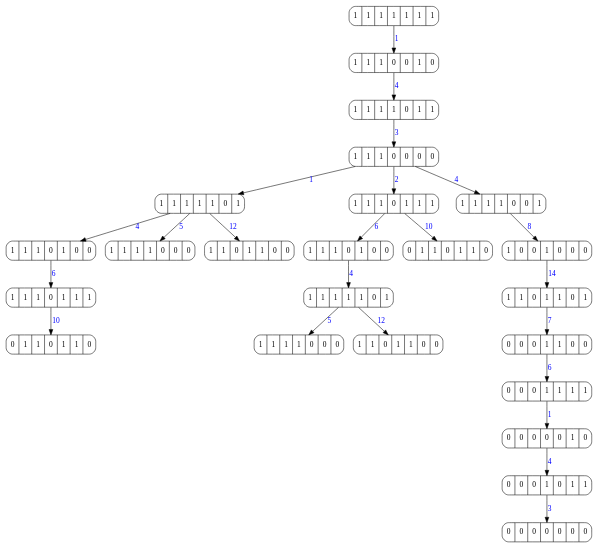
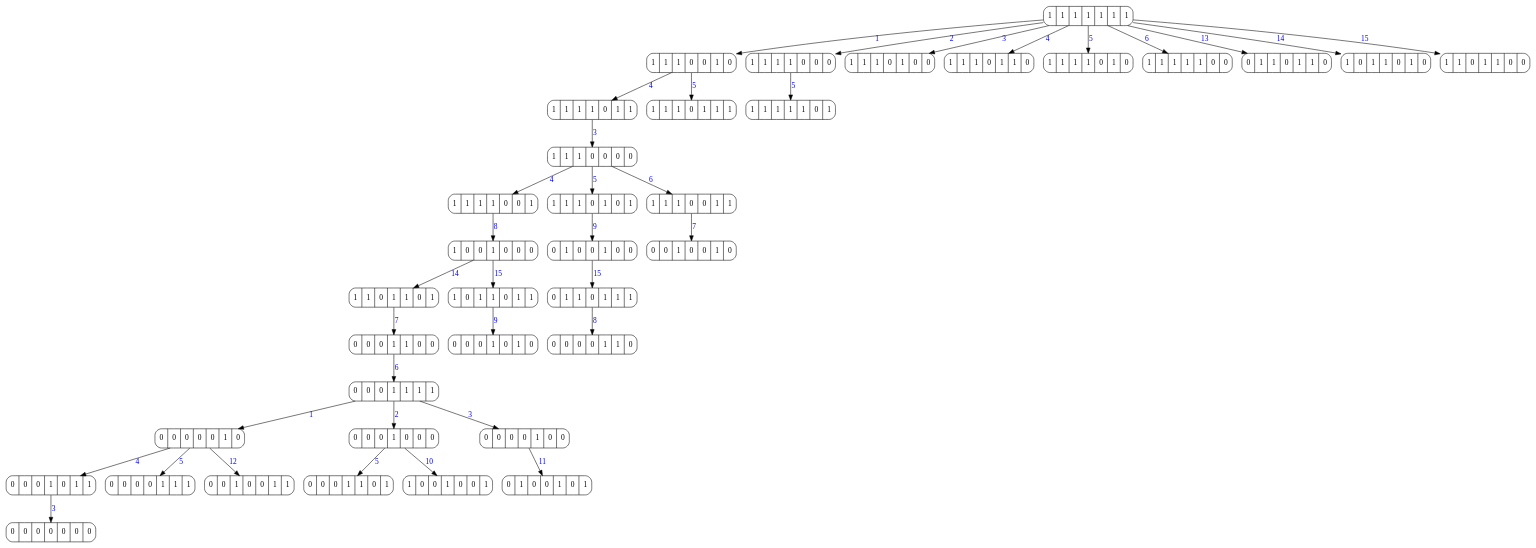
The diagram in graph.dot (Patrick448/Classic-AI), drawn with Graphviz before and after one commit. The commit also changed 17 other files, not shown here.

```diff
--- a/graph.dot
+++ b/graph.dot
@@ -1,52 +1,78 @@
 digraph G {
 node [margin=0.1 width=0.5 shape=record style=rounded]
 edge[fontcolor=blue]
 0[label=" 1 | 1 | 1 | 1 | 1 | 1 | 1"];
 0 -> 1[label="1"];
 1[label=" 1 | 1 | 1 | 0 | 0 | 1 | 0"];
-1 -> 2[label="4"];
-2[label=" 1 | 1 | 1 | 1 | 0 | 1 | 1"];
-2 -> 3[label="3"];
-3[label=" 1 | 1 | 1 | 0 | 0 | 0 | 0"];
-3 -> 4[label="1"];
-4[label=" 1 | 1 | 1 | 1 | 1 | 0 | 1"];
-4 -> 5[label="4"];
-5[label=" 1 | 1 | 1 | 0 | 1 | 0 | 0"];
-5 -> 6[label="6"];
-6[label=" 1 | 1 | 1 | 0 | 1 | 1 | 1"];
-6 -> 7[label="10"];
+1 -> 10[label="4"];
+10[label=" 1 | 1 | 1 | 1 | 0 | 1 | 1"];
+10 -> 13[label="3"];
+13[label=" 1 | 1 | 1 | 0 | 0 | 0 | 0"];
+13 -> 14[label="4"];
+14[label=" 1 | 1 | 1 | 1 | 0 | 0 | 1"];
+14 -> 17[label="8"];
+17[label=" 1 | 0 | 0 | 1 | 0 | 0 | 0"];
+17 -> 20[label="14"];
+20[label=" 1 | 1 | 0 | 1 | 1 | 0 | 1"];
+20 -> 23[label="7"];
+23[label=" 0 | 0 | 0 | 1 | 1 | 0 | 0"];
+23 -> 26[label="6"];
+26[label=" 0 | 0 | 0 | 1 | 1 | 1 | 1"];
+26 -> 27[label="1"];
+27[label=" 0 | 0 | 0 | 0 | 0 | 1 | 0"];
+27 -> 30[label="4"];
+30[label=" 0 | 0 | 0 | 1 | 0 | 1 | 1"];
+30 -> 36[label="3"];
+36[label=" 0 | 0 | 0 | 0 | 0 | 0 | 0"];
+27 -> 31[label="5"];
+31[label=" 0 | 0 | 0 | 0 | 1 | 1 | 1"];
+27 -> 32[label="12"];
+32[label=" 0 | 0 | 1 | 0 | 0 | 1 | 1"];
+26 -> 28[label="2"];
+28[label=" 0 | 0 | 0 | 1 | 0 | 0 | 0"];
+28 -> 33[label="5"];
+33[label=" 0 | 0 | 0 | 1 | 1 | 0 | 1"];
+28 -> 34[label="10"];
+34[label=" 1 | 0 | 0 | 1 | 0 | 0 | 1"];
+26 -> 29[label="3"];
+29[label=" 0 | 0 | 0 | 0 | 1 | 0 | 0"];
+29 -> 35[label="11"];
+35[label=" 0 | 1 | 0 | 0 | 1 | 0 | 1"];
+17 -> 21[label="15"];
+21[label=" 1 | 0 | 1 | 1 | 0 | 1 | 1"];
+21 -> 24[label="9"];
+24[label=" 0 | 0 | 0 | 1 | 0 | 1 | 0"];
+13 -> 15[label="5"];
+15[label=" 1 | 1 | 1 | 0 | 1 | 0 | 1"];
+15 -> 18[label="9"];
+18[label=" 0 | 1 | 0 | 0 | 1 | 0 | 0"];
+18 -> 22[label="15"];
+22[label=" 0 | 1 | 1 | 0 | 1 | 1 | 1"];
+22 -> 25[label="8"];
+25[label=" 0 | 0 | 0 | 0 | 1 | 1 | 0"];
+13 -> 16[label="6"];
+16[label=" 1 | 1 | 1 | 0 | 0 | 1 | 1"];
+16 -> 19[label="7"];
+19[label=" 0 | 0 | 1 | 0 | 0 | 1 | 0"];
+1 -> 11[label="5"];
+11[label=" 1 | 1 | 1 | 0 | 1 | 1 | 1"];
+0 -> 2[label="2"];
+2[label=" 1 | 1 | 1 | 1 | 0 | 0 | 0"];
+2 -> 12[label="5"];
+12[label=" 1 | 1 | 1 | 1 | 1 | 0 | 1"];
+0 -> 3[label="3"];
+3[label=" 1 | 1 | 1 | 0 | 1 | 0 | 0"];
+0 -> 4[label="4"];
+4[label=" 1 | 1 | 1 | 0 | 1 | 1 | 0"];
+0 -> 5[label="5"];
+5[label=" 1 | 1 | 1 | 1 | 0 | 1 | 0"];
+0 -> 6[label="6"];
+6[label=" 1 | 1 | 1 | 1 | 1 | 0 | 0"];
+0 -> 7[label="13"];
 7[label=" 0 | 1 | 1 | 0 | 1 | 1 | 0"];
-4 -> 8[label="5"];
-8[label=" 1 | 1 | 1 | 1 | 0 | 0 | 0"];
-4 -> 9[label="12"];
+0 -> 8[label="14"];
+8[label=" 1 | 0 | 1 | 1 | 0 | 1 | 0"];
+0 -> 9[label="15"];
 9[label=" 1 | 1 | 0 | 1 | 1 | 0 | 0"];
-3 -> 10[label="2"];
-10[label=" 1 | 1 | 1 | 0 | 1 | 1 | 1"];
-10 -> 11[label="6"];
-11[label=" 1 | 1 | 1 | 0 | 1 | 0 | 0"];
-11 -> 12[label="4"];
-12[label=" 1 | 1 | 1 | 1 | 1 | 0 | 1"];
-12 -> 13[label="5"];
-13[label=" 1 | 1 | 1 | 1 | 0 | 0 | 0"];
-12 -> 14[label="12"];
-14[label=" 1 | 1 | 0 | 1 | 1 | 0 | 0"];
-10 -> 15[label="10"];
-15[label=" 0 | 1 | 1 | 0 | 1 | 1 | 0"];
-3 -> 16[label="4"];
-16[label=" 1 | 1 | 1 | 1 | 0 | 0 | 1"];
-16 -> 17[label="8"];
-17[label=" 1 | 0 | 0 | 1 | 0 | 0 | 0"];
-17 -> 18[label="14"];
-18[label=" 1 | 1 | 0 | 1 | 1 | 0 | 1"];
-18 -> 19[label="7"];
-19[label=" 0 | 0 | 0 | 1 | 1 | 0 | 0"];
-19 -> 20[label="6"];
-20[label=" 0 | 0 | 0 | 1 | 1 | 1 | 1"];
-20 -> 21[label="1"];
-21[label=" 0 | 0 | 0 | 0 | 0 | 1 | 0"];
-21 -> 22[label="4"];
-22[label=" 0 | 0 | 0 | 1 | 0 | 1 | 1"];
-22 -> 23[label="3"];
-23[label=" 0 | 0 | 0 | 0 | 0 | 0 | 0"];
 
 }
```
